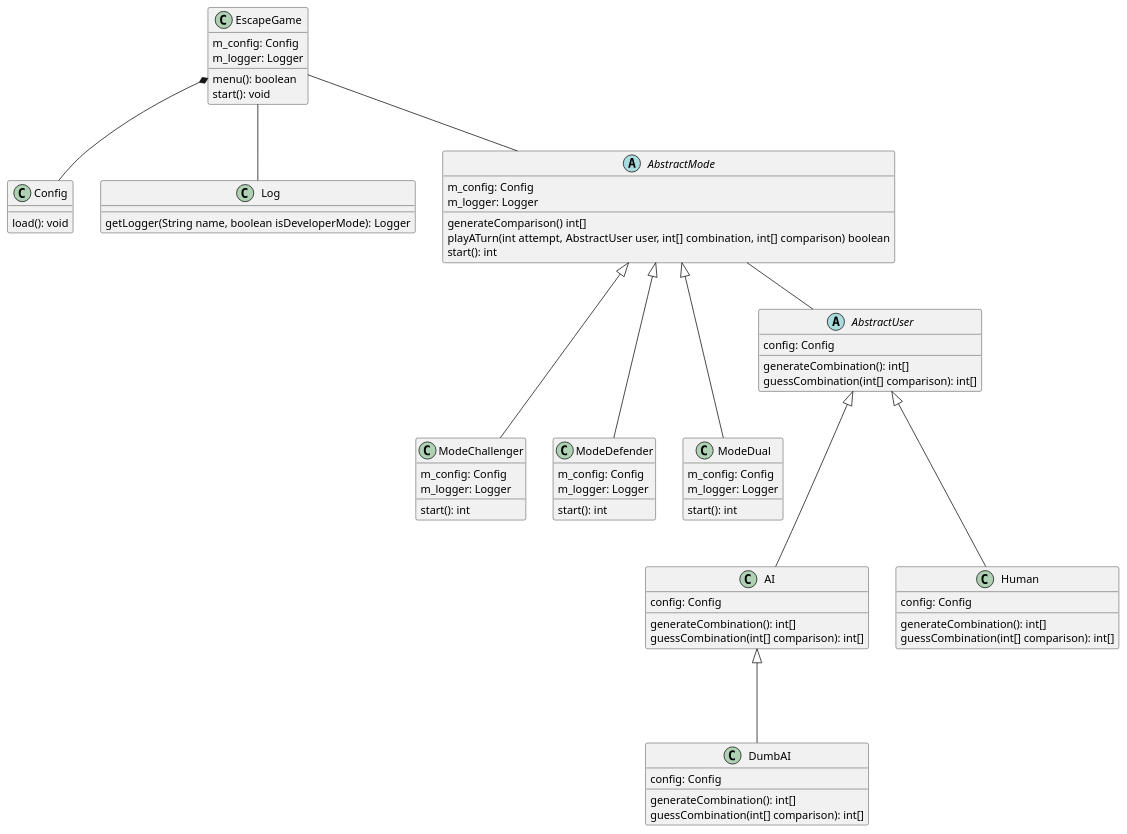
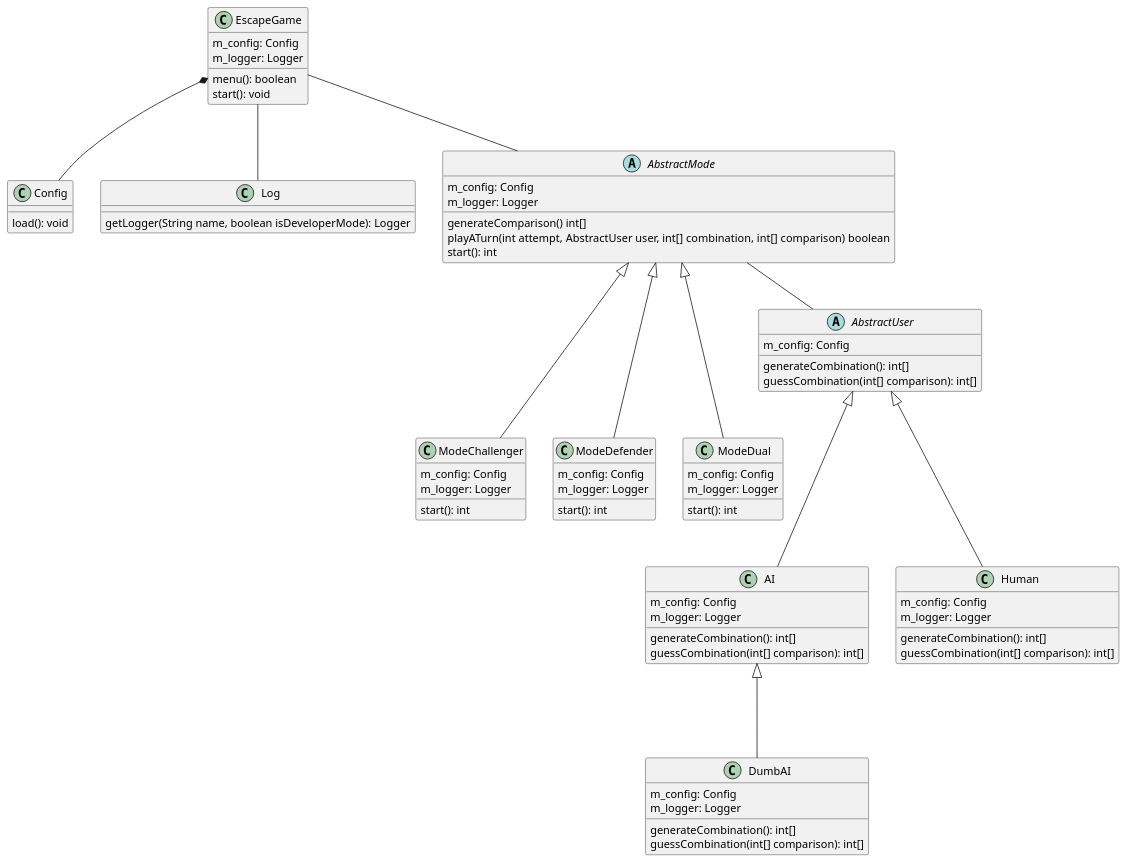
One commit to OMorlotti/P3-mettre-ma-logique-a-l-preuve changed the diagram in Project3.puml. Above: the diagram before and after it, drawn with PlantUML.

```diff
--- a/Project3.puml
+++ b/Project3.puml
@@ -1,85 +1,88 @@
 @startuml
 
 Class EscapeGame {
 m_config: Config
 m_logger: Logger
 menu(): boolean
 start(): void
 }
 
 class Config {
 load(): void
 }
 
 class Log {
 getLogger(String name, boolean isDeveloperMode): Logger
 }
 
 abstract class AbstractMode {
 m_config: Config
 m_logger: Logger
 generateComparison() int[]
 playATurn(int attempt, AbstractUser user, int[] combination, int[] comparison) boolean
 start(): int
 }
 
 class ModeChallenger {
 m_config: Config
 m_logger: Logger
 start(): int
 }
 
 class ModeDefender {
 m_config: Config
 m_logger: Logger
 start(): int
 }
 
 class ModeDual {
 m_config: Config
 m_logger: Logger
 start(): int
 }
 
 
 abstract class AbstractUser {
-config: Config
+m_config: Config
 generateCombination(): int[]
 guessCombination(int[] comparison): int[]
 }
 
 class AI {
-config: Config
+m_config: Config
+m_logger: Logger
 generateCombination(): int[]
 guessCombination(int[] comparison): int[]
 }
 
 class Human {
-config: Config
+m_config: Config
+m_logger: Logger
 generateCombination(): int[]
 guessCombination(int[] comparison): int[]
 }
 
 class DumbAI {
-config: Config
+m_config: Config
+m_logger: Logger
 generateCombination(): int[]
 guessCombination(int[] comparison): int[]
 }
 
 AbstractMode <|--- ModeChallenger
 AbstractMode <|--- ModeDefender
 AbstractMode <|--- ModeDual
 
 AbstractUser <|--- AI
 AbstractUser <|--- Human
 
 AI <|--- DumbAI
 
 EscapeGame -- AbstractMode
 EscapeGame -- Log
 
 EscapeGame *-- Config
 
 AbstractMode -- AbstractUser
 
 @enduml
```
